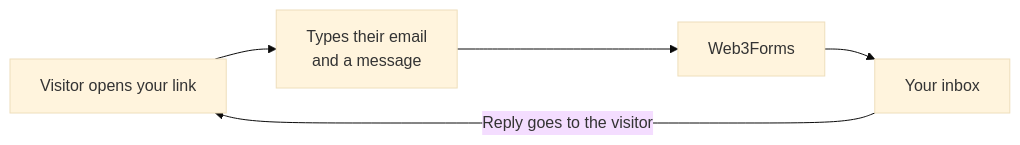
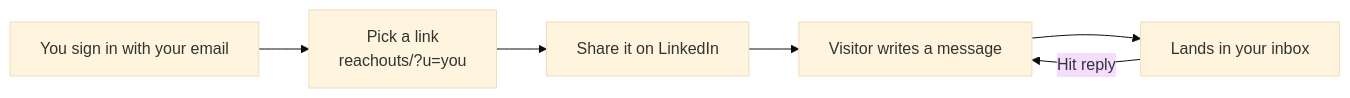
One commit to amalmehta/reachouts changed the diagram in README.md. Above: the diagram before and after it, drawn with Mermaid (base theme). The commit also changed other lines of this file and 23 other files, not shown here.

Commit message:
Rename to Reachouts and add sign-in accounts so anyone can get their own link

````diff
--- a/README.md
+++ b/README.md
@@ -10,7 +10,8 @@
 ```mermaid
 flowchart LR
-  A[Visitor opens your link] --> B[Types their email<br>and a message]
-  B --> C[Web3Forms]
-  C --> D[Your inbox]
-  D -- Reply goes to the visitor --> A
+  A[You sign in with your email] --> B[Pick a link<br>reachouts/?u=you]
+  B --> C[Share it on LinkedIn]
+  C --> D[Visitor writes a message]
+  D --> E[Lands in your inbox]
+  E -- Hit reply --> D
 ```
````
